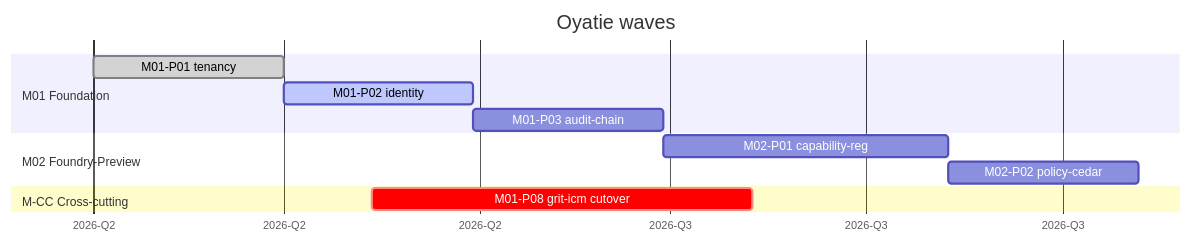
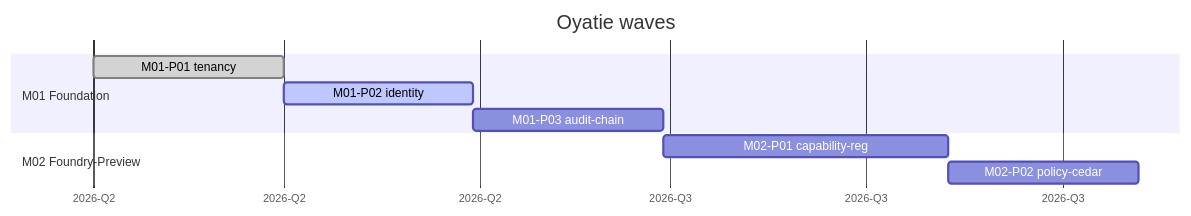
One commit to oyatie/oyatie changed the diagram in docs/automation/roadmap-visualization-spec.md. Above: the diagram before and after it, drawn with Mermaid. The commit also changed 241 other files, not shown here.

````diff
--- a/docs/automation/roadmap-visualization-spec.md
+++ b/docs/automation/roadmap-visualization-spec.md
@@ -60,18 +60,17 @@
 ```mermaid
 gantt
   title Oyatie waves
   dateFormat YYYY-MM-DD
   axisFormat %Y-Q%q
 
   section M01 Foundation
   M01-P01 tenancy        :done,     m01p1, 2026-04-01, 30d
   M01-P02 identity       :active,   m01p2, after m01p1, 30d
   M01-P03 audit-chain    :          m01p3, after m01p2, 30d
 
   section M02 Foundry-Preview
   M02-P01 capability-reg :          m02p1, after m01p3, 45d
   M02-P02 policy-cedar   :          m02p2, after m02p1, 30d
 
   section M-CC Cross-cutting
-  M01-P08 grit-icm cutover :crit, mccp1, 2026-05-15, 60d
 ```
````
